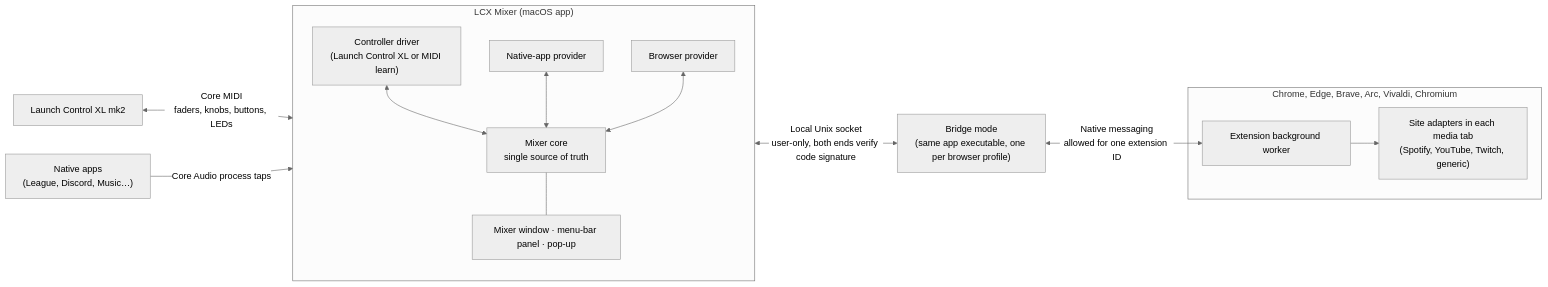
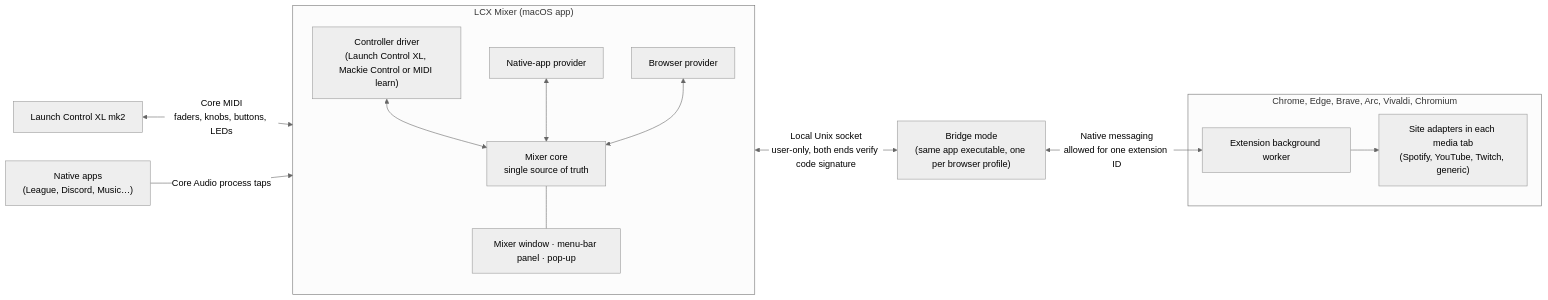
One commit to Blazenkoo/lcx-mixer changed the diagram in docs/SPEC.md. Above: the diagram before and after it, drawn with Mermaid (neutral theme). The commit also changed other lines of this file and 11 other files, not shown here.

First line of the commit message:
v2 stage 4: Mackie Control (experimental), welcome window, About and the tower visual

````diff
--- a/docs/SPEC.md
+++ b/docs/SPEC.md
@@ -51,25 +52,25 @@
 ```mermaid
 flowchart LR
     LCXL["Launch Control XL mk2"] <-->|"Core MIDI<br/>faders, knobs, buttons, LEDs"| DRIVER
     NATIVE["Native apps<br/>(League, Discord, Music…)"] -->|"Core Audio process taps"| NATIVEP
 
     subgraph APP["LCX Mixer (macOS app)"]
         direction TB
-        DRIVER["Controller driver<br/>(Launch Control XL or MIDI learn)"]
+        DRIVER["Controller driver<br/>(Launch Control XL, Mackie Control or MIDI learn)"]
         NATIVEP["Native-app provider"]
         BROWSERP["Browser provider"]
         CORE["Mixer core<br/>single source of truth"]
         UI["Mixer window · menu-bar panel · pop-up"]
         DRIVER <--> CORE
         NATIVEP <--> CORE
         BROWSERP <--> CORE
         CORE --- UI
     end
 
     BROWSERP <-->|"Local Unix socket<br/>user-only, both ends verify code signature"| BRIDGE["Bridge mode<br/>(same app executable, one per browser profile)"]
     BRIDGE <-->|"Native messaging<br/>allowed for one extension ID"| EXT
 
     subgraph BROWSER["Chrome, Edge, Brave, Arc, Vivaldi, Chromium"]
         EXT["Extension background worker"] --> ADAPT["Site adapters in each media tab<br/>(Spotify, YouTube, Twitch, generic)"]
     end
 ```
````
